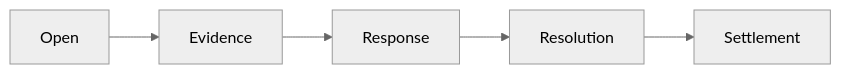
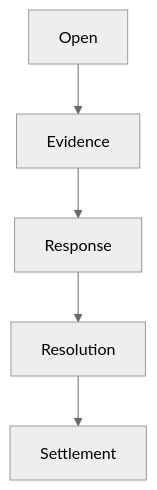
One commit to claw-network/clawnet changed the tenth of 10 diagrams in packages/docs/content/docs/getting-started/core-concepts/markets.md. Above: the diagram before and after it, drawn with Mermaid (neutral theme). The commit also changed 5 other files, not shown here.

Commit message:
feat: update flowchart direction in DAO and deliverables documentation for consistency; enhance dispute resolution flowcharts in markets documentation

````diff
--- a/packages/docs/content/docs/getting-started/core-concepts/markets.md
+++ b/packages/docs/content/docs/getting-started/core-concepts/markets.md
@@ -328,7 +328,7 @@
 ```mermaid
-flowchart LR
+flowchart TD
     A[Open] --> B[Evidence]
     B --> C[Response]
     C --> D[Resolution]
     D --> E[Settlement]
 ```
````
